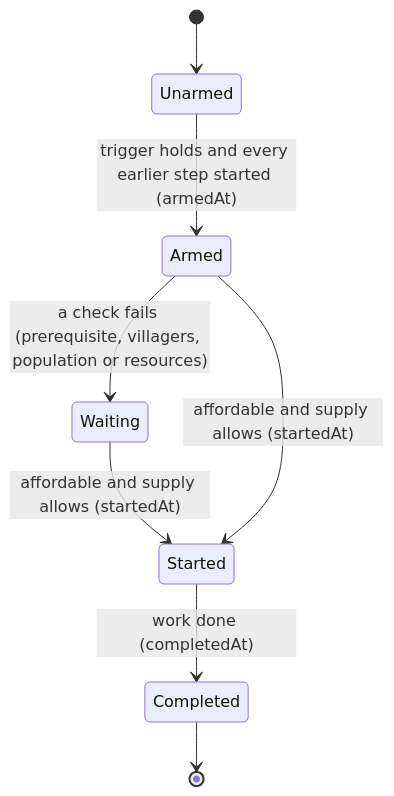
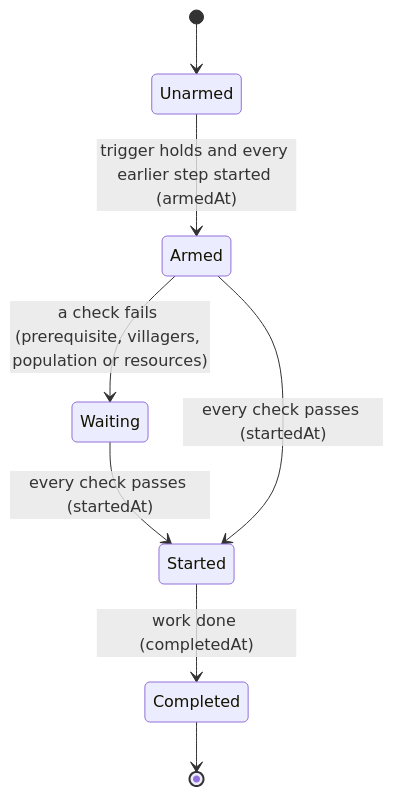
Before and after one commit to NicholasKChoi/WOTR_Combat_Simulator: the second of 2 diagrams in docs/aoe4-build-order.md, drawn with Mermaid. The commit also changed 1 other file, not shown here.

Commit message:
Relabel build-order state diagram start edges and tighten stuck-step tests
Claude-Session: https://claude.ai/code/session_01TtL2k5ibgJmbvwcSBpZN7e

````diff
--- a/docs/aoe4-build-order.md
+++ b/docs/aoe4-build-order.md
@@ -632,10 +632,10 @@
 ```mermaid
 stateDiagram-v2
   [*] --> Unarmed
   Unarmed --> Armed: trigger holds and every earlier step started (armedAt)
   Armed --> Waiting: a check fails (prerequisite, villagers, population or resources)
-  Waiting --> Started: affordable and supply allows (startedAt)
-  Armed --> Started: affordable and supply allows (startedAt)
+  Waiting --> Started: every check passes (startedAt)
+  Armed --> Started: every check passes (startedAt)
   Started --> Completed: work done (completedAt)
   Completed --> [*]
 ```
````
